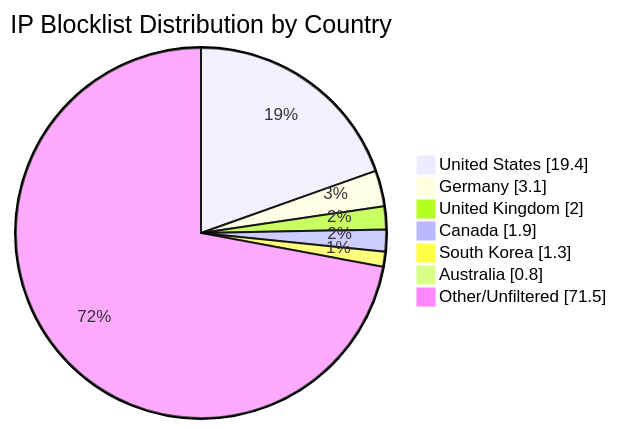
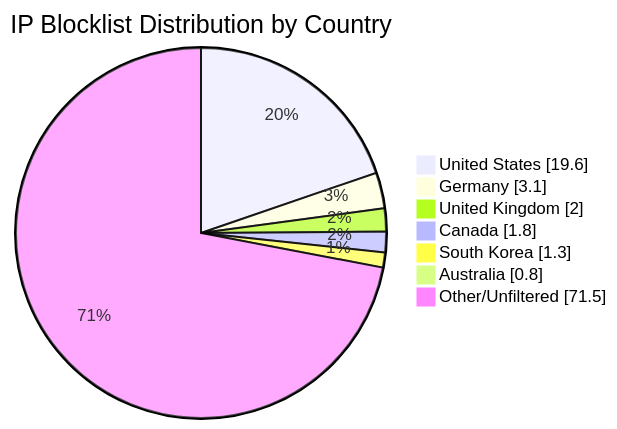
The diagram in README.md (MarcusHoltz/ipblocklist-geofiltered-aggregator), drawn with Mermaid before and after one commit. The commit also changed other lines of this file and 9 other files, not shown here.

````diff
--- a/README.md
+++ b/README.md
@@ -34,10 +34,10 @@
 ```mermaid
 pie showData title IP Blocklist Distribution by Country
-"United States" : 19.4
+"United States" : 19.6
 "Germany" : 3.1
 "United Kingdom" : 2.0
-"Canada" : 1.9
+"Canada" : 1.8
 "South Korea" : 1.3
 "Australia" : 0.8
 "Other/Unfiltered" : 71.5
 ```
````
